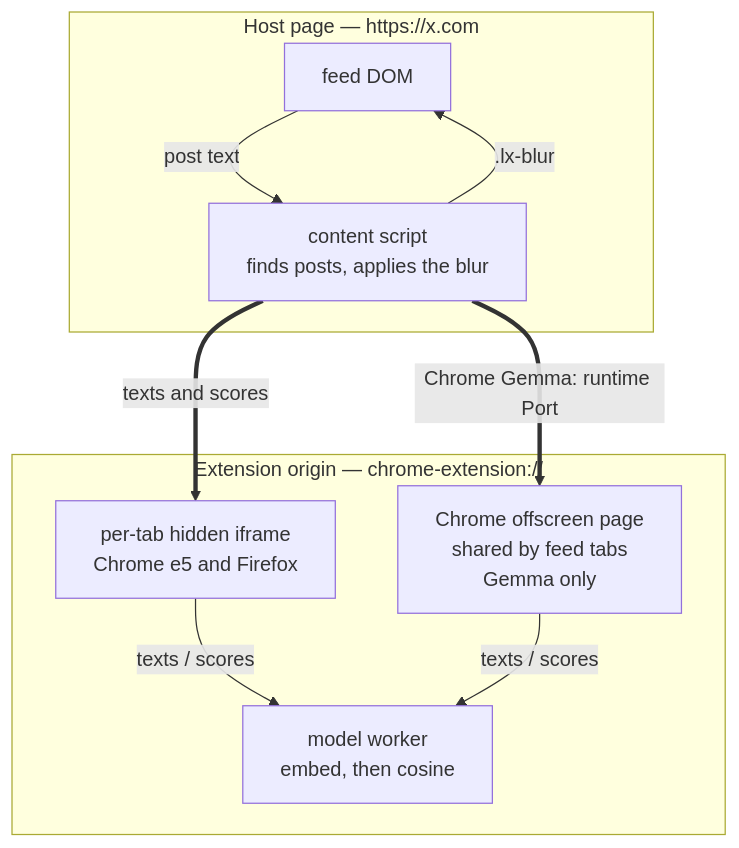
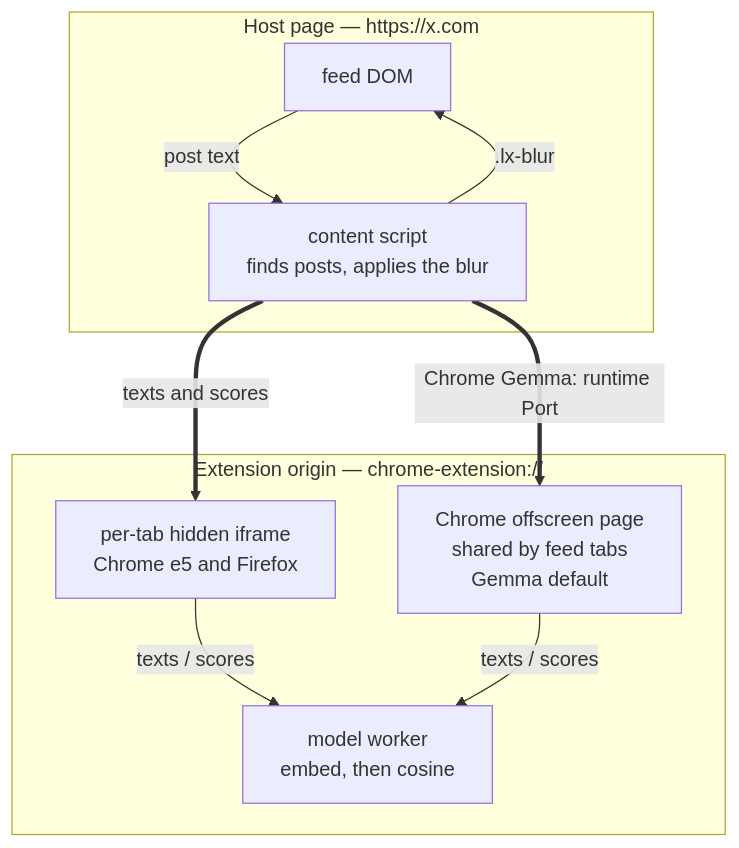
One commit to dephelion/ufeed changed the first of 2 diagrams in docs/how-it-works.md. Above: the diagram before and after it, drawn with Mermaid. The commit also changed other lines of this file and 29 other files, not shown here.

First line of the commit message:
Make Gemma the default model (#41)

````diff
--- a/docs/how-it-works.md
+++ b/docs/how-it-works.md
@@ -30,20 +30,20 @@
 ```mermaid
 flowchart TB
   subgraph host["Host page — https://x.com"]
     dom["feed DOM"]
     cs["content script<br/>finds posts, applies the blur"]
     dom -- "post text" --> cs
     cs -- ".lx-blur" --> dom
   end
 
   subgraph ext["Extension origin — chrome-extension://"]
     frame["per-tab hidden iframe<br/>Chrome e5 and Firefox"]
-    offscreen["Chrome offscreen page<br/>shared by feed tabs<br/>Gemma only"]
+    offscreen["Chrome offscreen page<br/>shared by feed tabs<br/>Gemma default"]
     worker["model worker<br/>embed, then cosine"]
     frame -- "texts / scores" --> worker
     offscreen -- "texts / scores" --> worker
   end
 
   cs == "texts and scores" ==> frame
   cs == "Chrome Gemma: runtime Port" ==> offscreen
 ```
````
